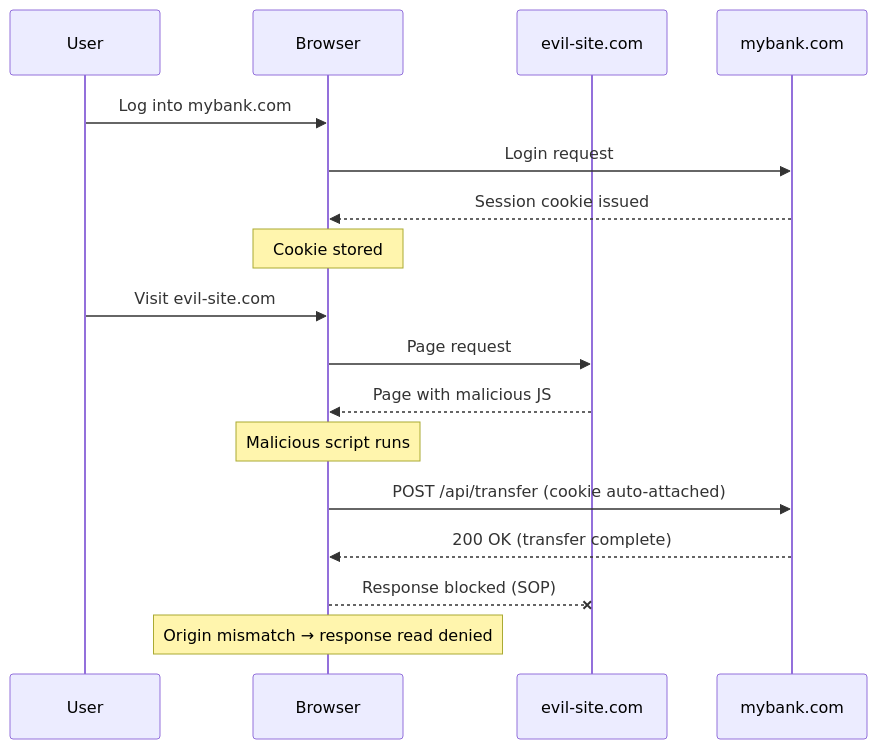
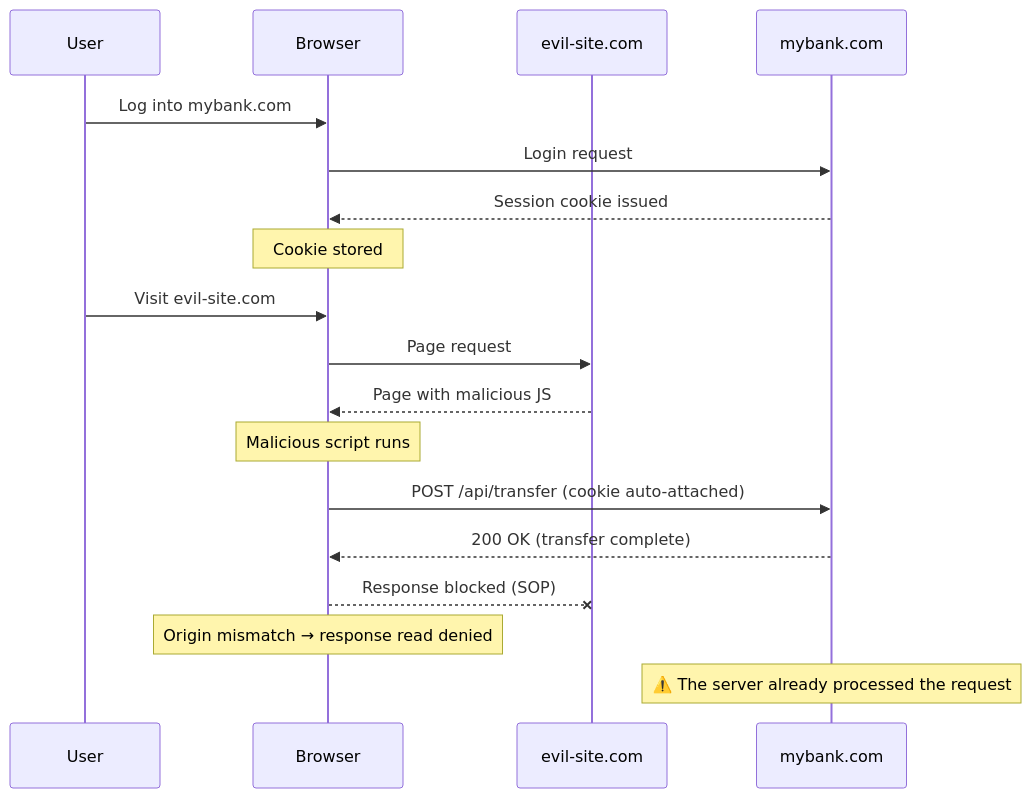
Before and after one commit to rhcwlq89/rhcwlq89.github.io: the third of 9 diagrams in src/content/blog/en/cors-understanding-guide.md, drawn with Mermaid. The commit also changed other lines of this file and 1 other file, not shown here.

````diff
--- a/src/content/blog/en/cors-understanding-guide.md
+++ b/src/content/blog/en/cors-understanding-guide.md
@@ -110,22 +110,23 @@
 ```mermaid
 sequenceDiagram
     participant User
     participant Browser
     participant Evil as evil-site.com
     participant Bank as mybank.com
 
     User->>Browser: Log into mybank.com
     Browser->>Bank: Login request
     Bank-->>Browser: Session cookie issued
     Note over Browser: Cookie stored
 
     User->>Browser: Visit evil-site.com
     Browser->>Evil: Page request
     Evil-->>Browser: Page with malicious JS
 
     Note over Browser: Malicious script runs
     Browser->>Bank: POST /api/transfer (cookie auto-attached)
     Bank-->>Browser: 200 OK (transfer complete)
     Browser--xEvil: Response blocked (SOP)
     Note over Browser: Origin mismatch → response read denied
+    Note over Bank: ⚠️ The server already processed the request
 ```
````
